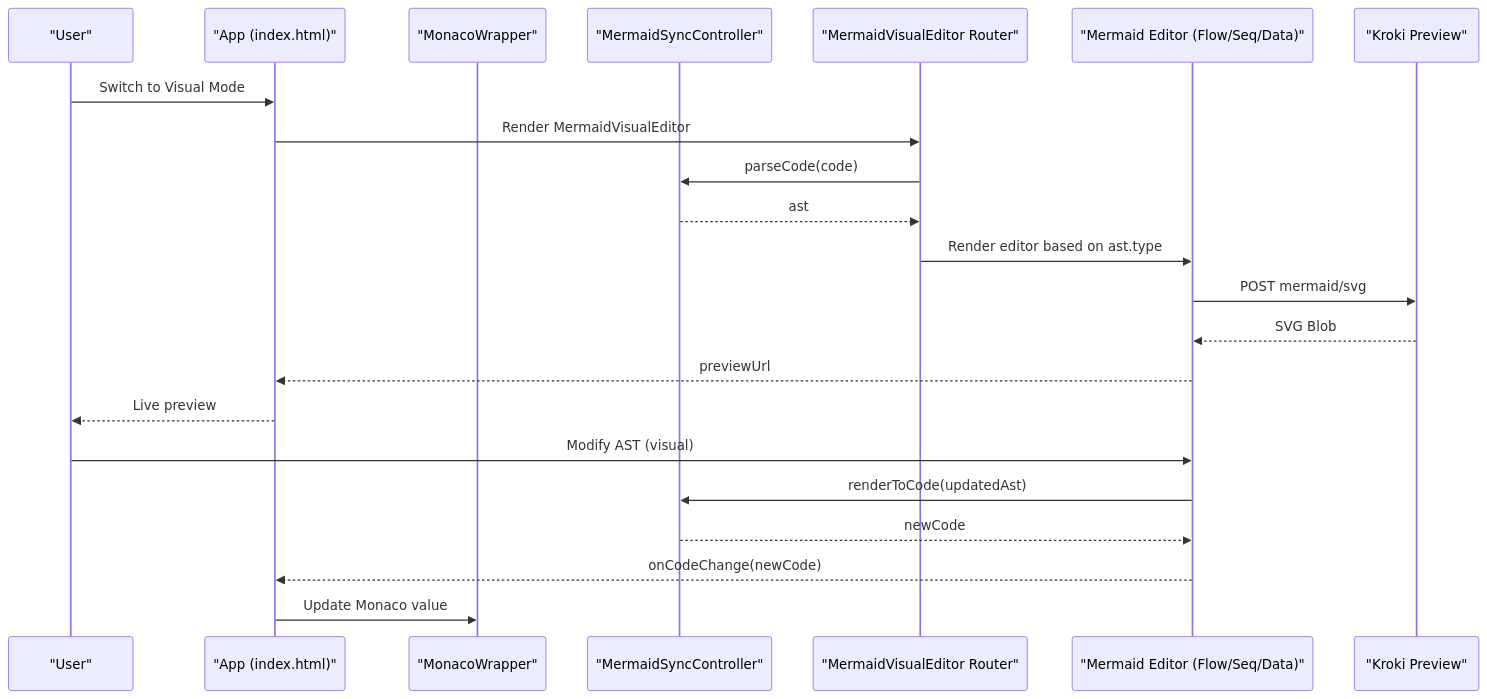
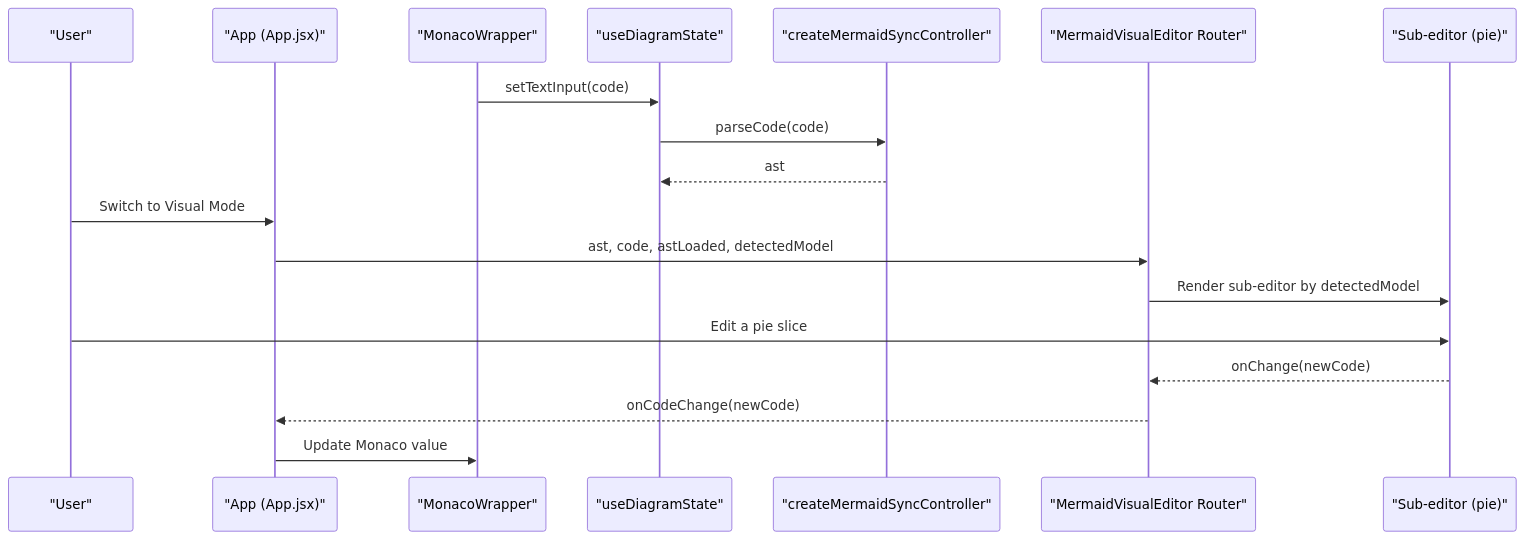
One commit to ongchonghian/universal-diagram-editor changed the second of 7 diagrams in .qoder/repowiki/en/content/Editor Architecture/Visual Editors/Visual Editors.md. Above: the diagram before and after it, drawn with Mermaid. The commit also changed other lines of this file and 31 other files, not shown here.

````diff
--- a/.qoder/repowiki/en/content/Editor Architecture/Visual Editors/Visual Editors.md
+++ b/.qoder/repowiki/en/content/Editor Architecture/Visual Editors/Visual Editors.md
@@ -124,24 +110,20 @@
 ```mermaid
 sequenceDiagram
 participant User as "User"
-participant App as "App (index.html)"
+participant App as "App (App.jsx)"
 participant Code as "MonacoWrapper"
-participant Sync as "MermaidSyncController"
+participant State as "useDiagramState"
+participant Sync as "createMermaidSyncController"
 participant Router as "MermaidVisualEditor Router"
-participant Editor as "Mermaid Editor (Flow/Seq/Data)"
-participant Kroki as "Kroki Preview"
+participant Editor as "Sub-editor (pie)"
+Code->>State : setTextInput(code)
+State->>Sync : parseCode(code)
+Sync-->>State : ast
 User->>App : Switch to Visual Mode
-App->>Router : Render MermaidVisualEditor
-Router->>Sync : parseCode(code)
-Sync-->>Router : ast
-Router->>Editor : Render editor based on ast.type
-Editor->>Kroki : POST mermaid/svg
-Kroki-->>Editor : SVG Blob
-Editor-->>App : previewUrl
-App-->>User : Live preview
-User->>Editor : Modify AST (visual)
-Editor->>Sync : renderToCode(updatedAst)
-Sync-->>Editor : newCode
-Editor-->>App : onCodeChange(newCode)
+App->>Router : ast, code, astLoaded, detectedModel
+Router->>Editor : Render sub-editor by detectedModel
+User->>Editor : Edit a pie slice
+Editor-->>Router : onChange(newCode)
+Router-->>App : onCodeChange(newCode)
 App->>Code : Update Monaco value
 ```
````
